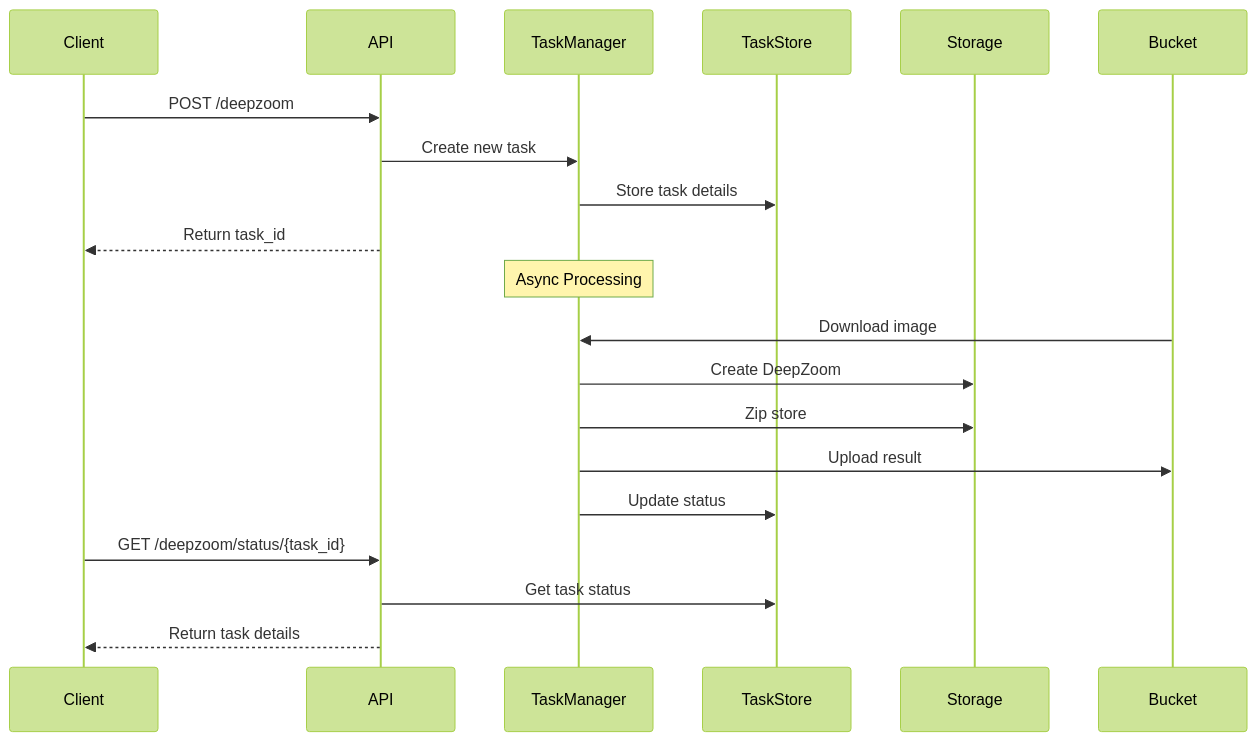
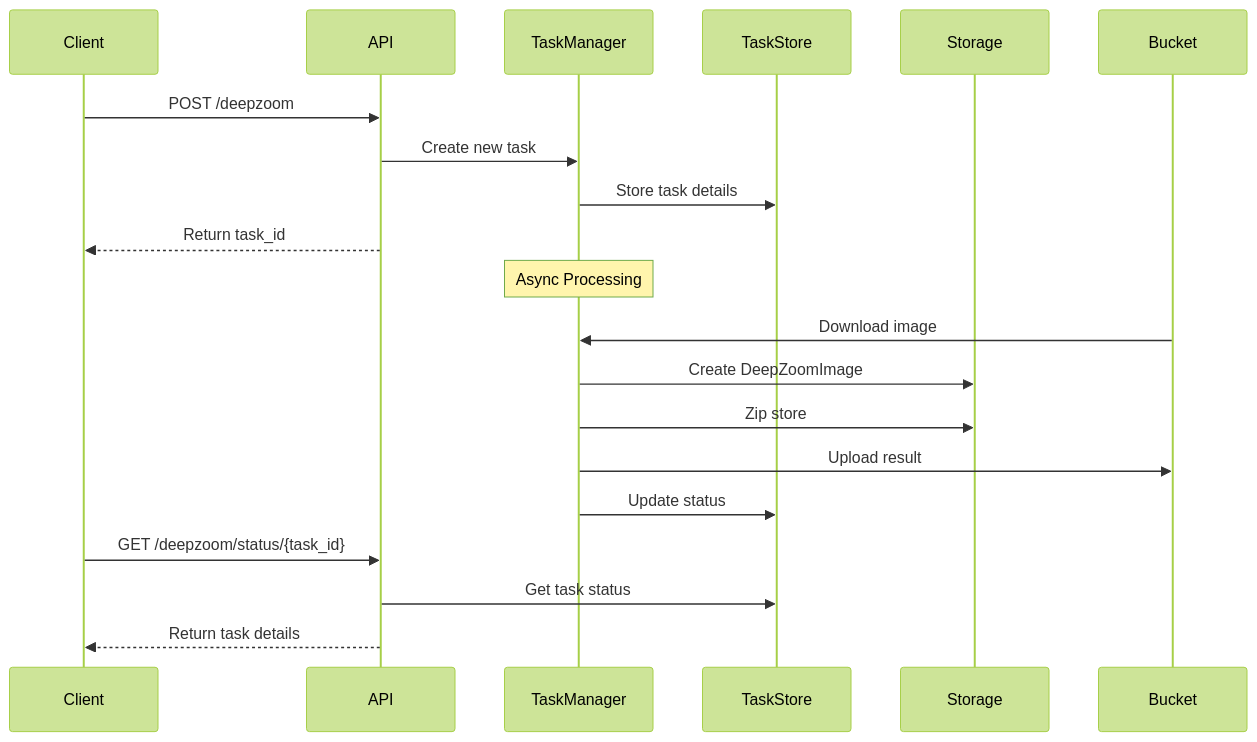
One commit to ArdaBalkir/quint-deepzoom changed the diagram in README.md. Above: the diagram before and after it, drawn with Mermaid (forest theme). The commit also changed other lines of this file, not shown here.

````diff
--- a/README.md
+++ b/README.md
@@ -34,26 +34,26 @@
 ```mermaid
 sequenceDiagram
     participant Client
     participant API
     participant TaskManager
     participant TaskStore
     participant Storage
     participant Bucket
 
     Client->>API: POST /deepzoom
     API->>TaskManager: Create new task
     TaskManager->>TaskStore: Store task details
     API-->>Client: Return task_id
 
     Note over TaskManager: Async Processing
     Bucket->>TaskManager: Download image
-    TaskManager->>Storage: Create DeepZoom
+    TaskManager->>Storage: Create DeepZoomImage
     TaskManager->>Storage: Zip store
     TaskManager->>Bucket: Upload result
     TaskManager->>TaskStore: Update status
 
     Client->>API: GET /deepzoom/status/{task_id}
     API->>TaskStore: Get task status
     API-->>Client: Return task details
 
 ```
````
